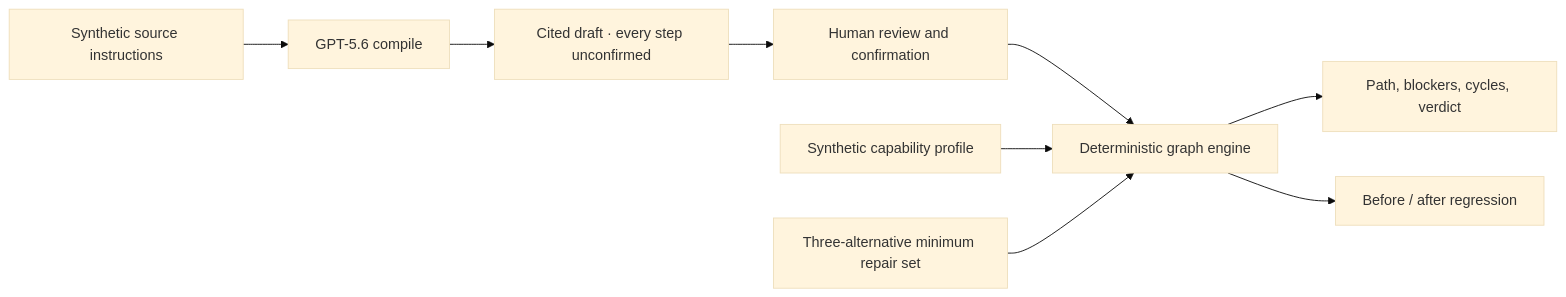
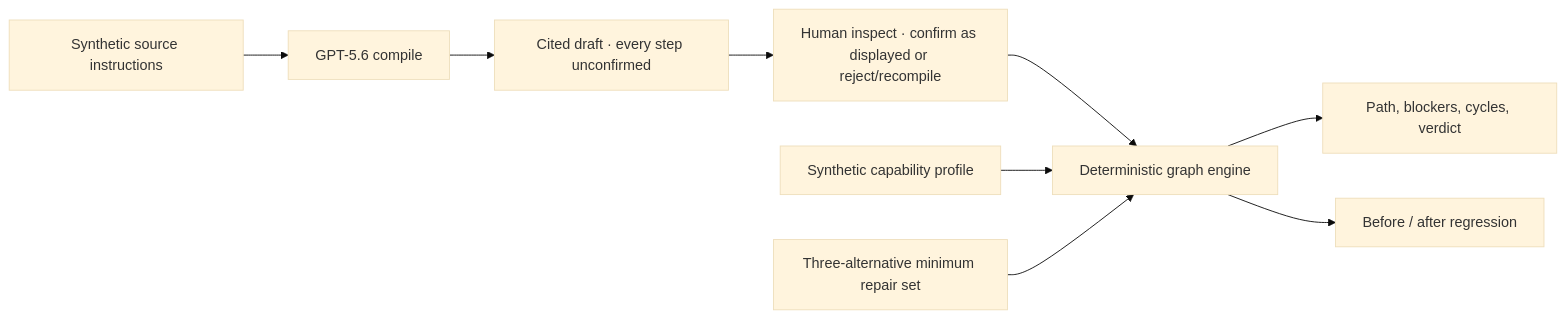
One commit to pakales/accesscrash changed the first of 2 diagrams in docs/ARCHITECTURE.md. Above: the diagram before and after it, drawn with Mermaid (base theme). The commit also changed other lines of this file and 21 other files, not shown here.

````diff
--- a/docs/ARCHITECTURE.md
+++ b/docs/ARCHITECTURE.md
@@ -12,11 +12,11 @@
 ```mermaid
 flowchart LR
     S["Synthetic source instructions"] --> C["GPT-5.6 compile"]
     C --> D["Cited draft · every step unconfirmed"]
-    D --> H["Human review and confirmation"]
+    D --> H["Human inspect · confirm as displayed or reject/recompile"]
     H --> E["Deterministic graph engine"]
     P["Synthetic capability profile"] --> E
     E --> R["Path, blockers, cycles, verdict"]
     X["Three-alternative minimum repair set"] --> E
     E --> G["Before / after regression"]
 ```
````
